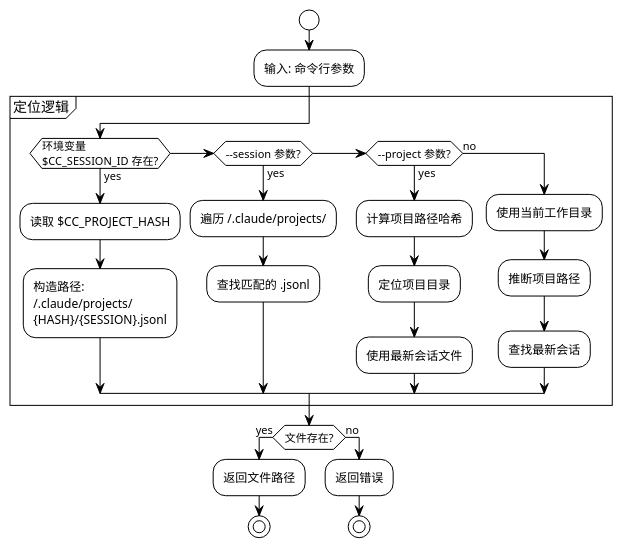
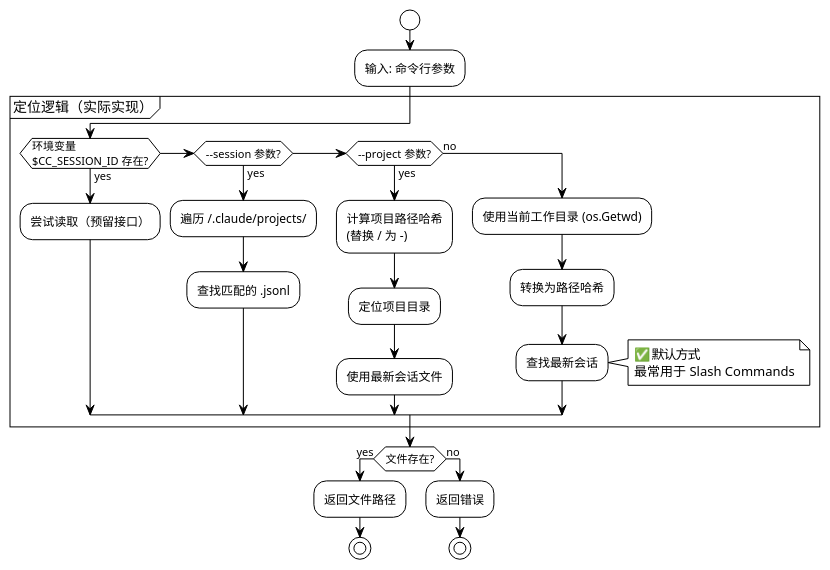
The second of 7 diagrams in docs/plan.md (yaleh/meta-cc), drawn with PlantUML before and after one commit. The commit also changed other lines of this file and 1 other file, not shown here.

````diff
--- a/docs/plan.md
+++ b/docs/plan.md
@@ -192,36 +201,37 @@
 ```plantuml
 @startuml
 !theme plain
 
 start
 
 :输入: 命令行参数;
 
-partition "定位逻辑" {
+partition "定位逻辑（实际实现）" {
   if (环境变量\n$CC_SESSION_ID 存在?) then (yes)
-    :读取 $CC_PROJECT_HASH;
-    :构造路径:\n~/.claude/projects/\n{HASH}/{SESSION}.jsonl;
+    note right: ❌ Claude Code 不提供此变量
+    :尝试读取（预留接口）;
   elseif (--session 参数?) then (yes)
     :遍历 ~/.claude/projects/;
     :查找匹配的 .jsonl;
   elseif (--project 参数?) then (yes)
-    :计算项目路径哈希;
+    :计算项目路径哈希\n(替换 / 为 -);
     :定位项目目录;
     :使用最新会话文件;
   else (no)
-    :使用当前工作目录;
-    :推断项目路径;
+    :使用当前工作目录 (os.Getwd);
+    :转换为路径哈希;
     :查找最新会话;
+    note right: ✅ 默认方式\n最常用于 Slash Commands
   endif
 }
 
 if (文件存在?) then (yes)
   :返回文件路径;
   stop
 else (no)
   :返回错误;
   stop
 endif
 
 @enduml
 ```
````
